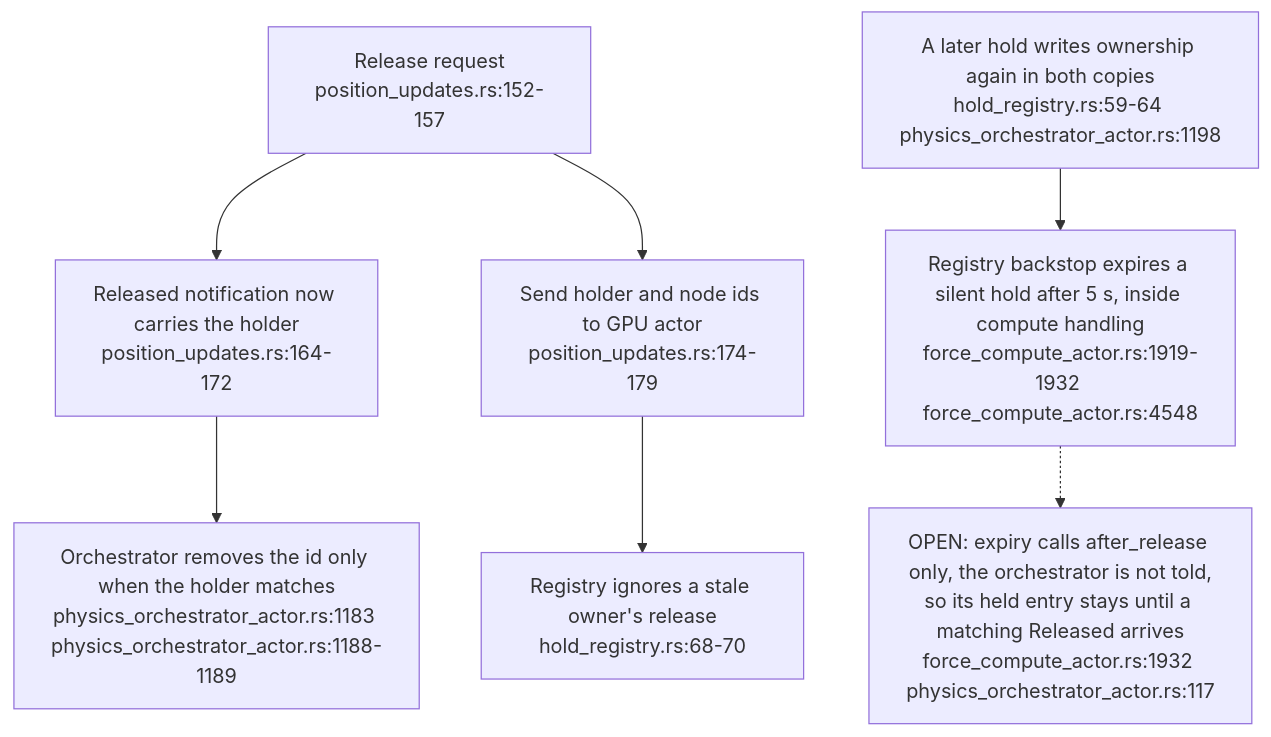
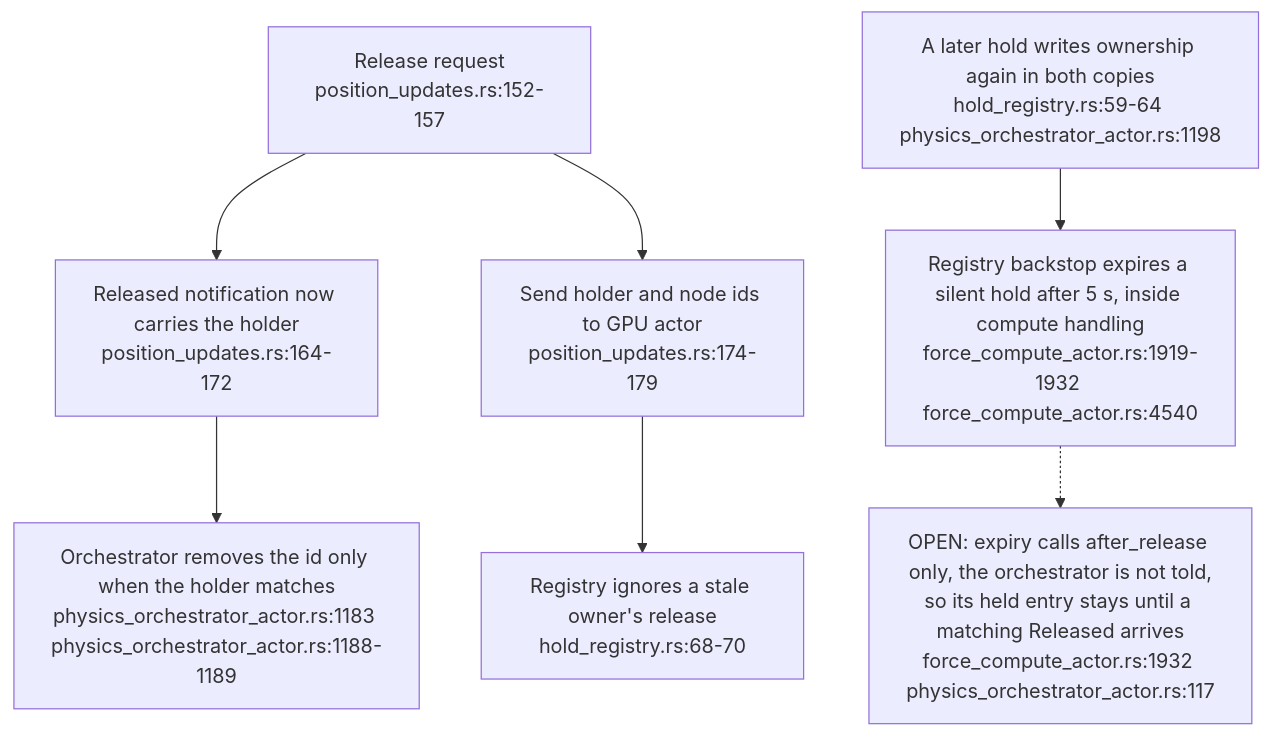
Before and after one commit to DreamLab-AI/VisionFlow: the second of 7 diagrams in docs/diagrams/visionclaw/52-drag-holds-and-observation-gates.md, drawn with Mermaid. The commit also changed other lines of this file and 46 other files, not shown here.

Commit message:
docs(diagrams): re-verify VisionClaw topics at 809a859aa/a950f4d80 after the consolidation pass

````diff
--- a/docs/diagrams/visionclaw/52-drag-holds-and-observation-gates.md
+++ b/docs/diagrams/visionclaw/52-drag-holds-and-observation-gates.md
@@ -56,9 +56,9 @@
 ```mermaid
 flowchart TD
     END["Release request<br/>position_updates.rs:152-157"] --> NOTIFY["Released notification now carries the holder<br/>position_updates.rs:164-172"]
     NOTIFY --> ORCH["Orchestrator removes the id only when the holder matches<br/>physics_orchestrator_actor.rs:1183 physics_orchestrator_actor.rs:1188-1189"]
     END --> GPU["Send holder and node ids to GPU actor<br/>position_updates.rs:174-179"]
     GPU --> OWNER["Registry ignores a stale owner's release<br/>hold_registry.rs:68-70"]
-    LATE["A later hold writes ownership again in both copies<br/>hold_registry.rs:59-64 physics_orchestrator_actor.rs:1198"] --> EXPIRE["Registry backstop expires a silent hold after 5 s, inside compute handling<br/>force_compute_actor.rs:1919-1932 force_compute_actor.rs:4548"]
+    LATE["A later hold writes ownership again in both copies<br/>hold_registry.rs:59-64 physics_orchestrator_actor.rs:1198"] --> EXPIRE["Registry backstop expires a silent hold after 5 s, inside compute handling<br/>force_compute_actor.rs:1919-1932 force_compute_actor.rs:4540"]
     EXPIRE -.-> GAP["OPEN: expiry calls after_release only, the orchestrator is not told,<br/>so its held entry stays until a matching Released arrives<br/>force_compute_actor.rs:1932 physics_orchestrator_actor.rs:117"]
 ```
````
